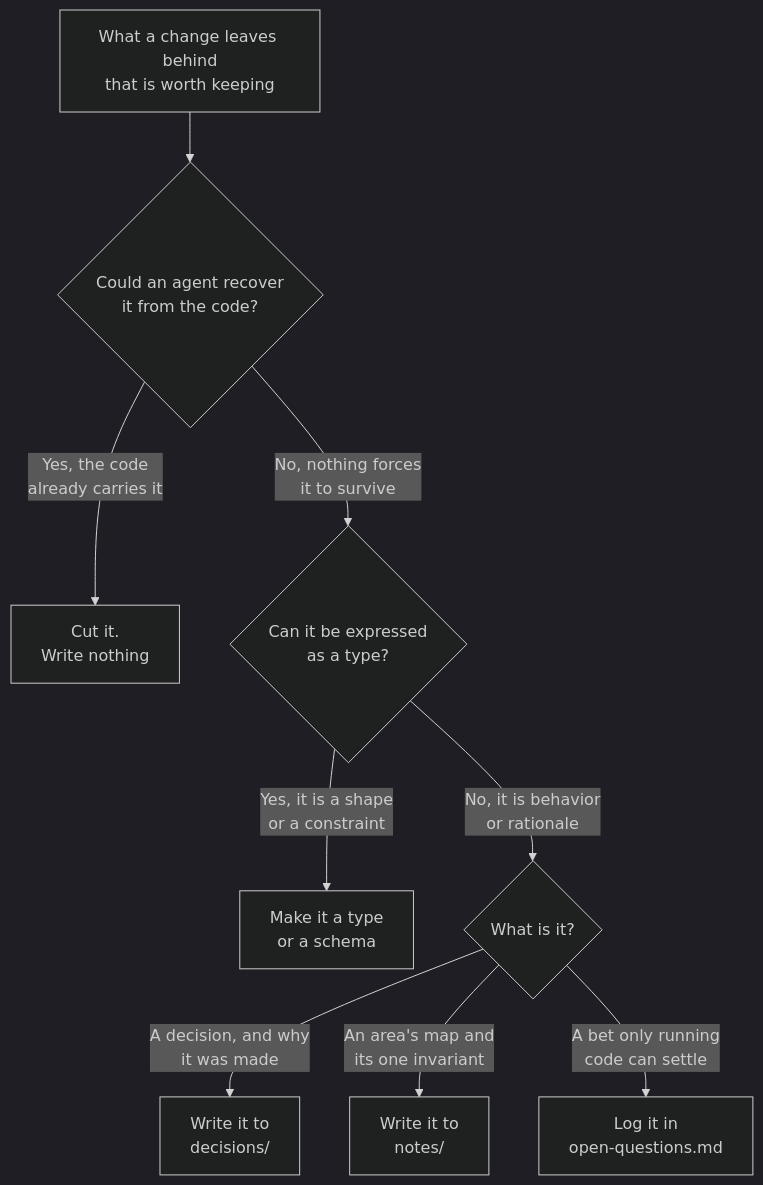
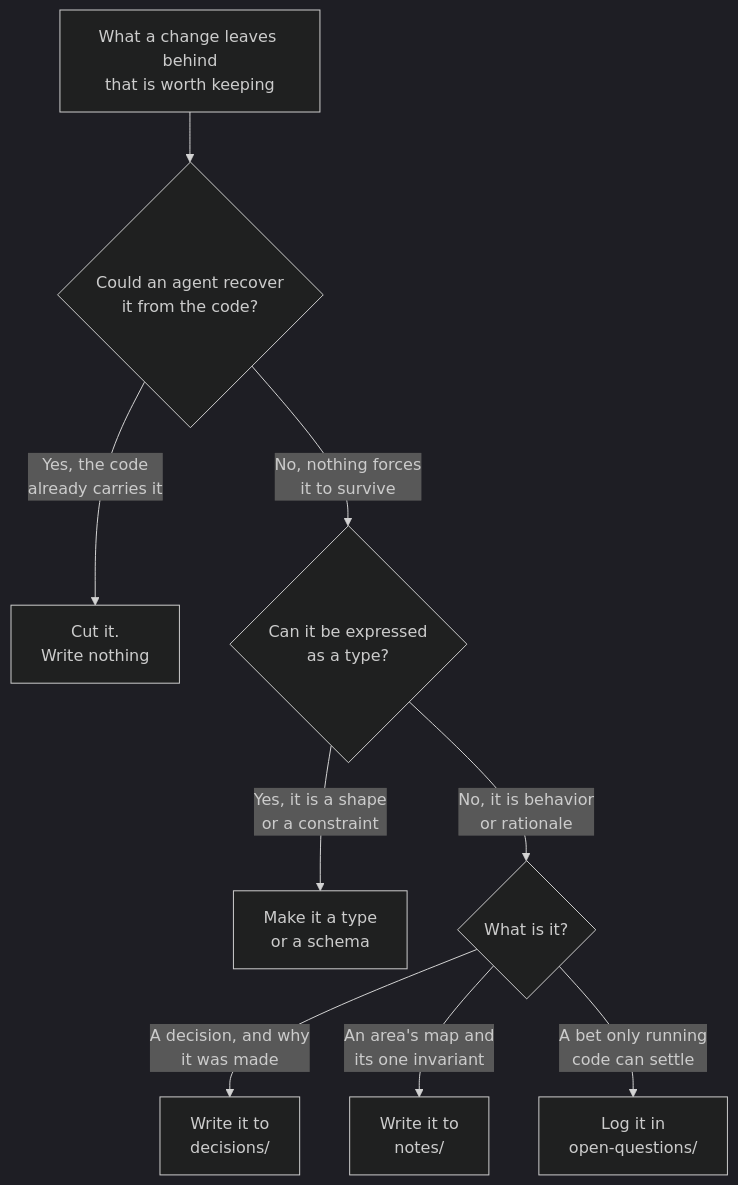
One commit to dominik-rehse/hone changed the first of 4 diagrams in docs/model.md. Above: the diagram before and after it, drawn with Mermaid (dark theme). The commit also changed other lines of this file and 20 other files, not shown here.

First line of the commit message:
feat(open-questions): one file per question, named by a slug

````diff
--- a/docs/model.md
+++ b/docs/model.md
@@ -84,11 +84,11 @@
 ```mermaid
 flowchart TD
     r["What a change leaves behind<br/>that is worth keeping"] --> cut{"Could an agent recover<br/>it from the code?"}
     cut -->|"Yes, the code<br/>already carries it"| drop["Cut it.<br/>Write nothing"]
     cut -->|"No, nothing forces<br/>it to survive"| shape{"Can it be expressed<br/>as a type?"}
     shape -->|"Yes, it is a shape<br/>or a constraint"| type["Make it a type<br/>or a schema"]
     shape -->|"No, it is behavior<br/>or rationale"| kind{"What is it?"}
     kind -->|"A decision, and why<br/>it was made"| dec["Write it to<br/>decisions/"]
     kind -->|"An area's map and<br/>its one invariant"| note["Write it to<br/>notes/"]
-    kind -->|"A bet only running<br/>code can settle"| oq["Log it in<br/>open-questions.md"]
+    kind -->|"A bet only running<br/>code can settle"| oq["Log it in<br/>open-questions/"]
 ```
````
